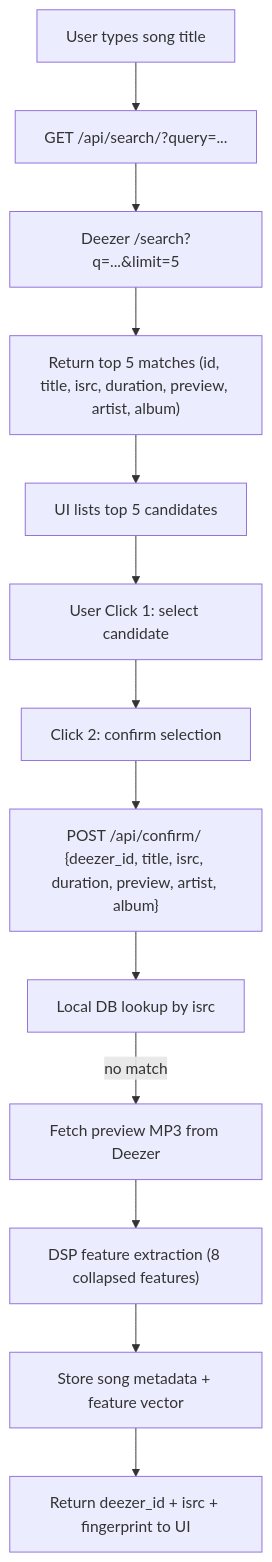
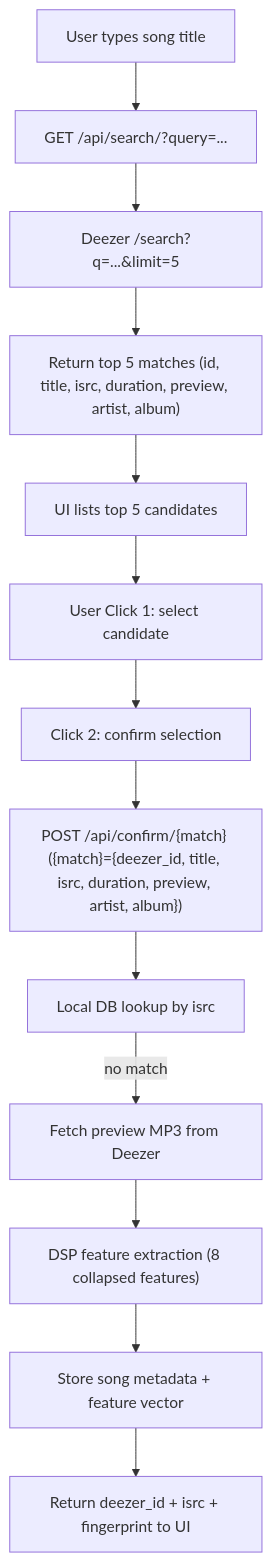
The first of 2 diagrams in docs/001-song-fingerprint-engine/api_flow.md (AhmedAl-Hayali/AgenticGenreGuru), drawn with Mermaid before and after one commit. The commit also changed other lines of this file and 1 other file, not shown here.

Commit message:
docs(specs-search-api): add {match} explicitly to confirm endpoint invocations

````diff
--- a/docs/001-song-fingerprint-engine/api_flow.md
+++ b/docs/001-song-fingerprint-engine/api_flow.md
@@ -27,15 +27,15 @@
 ```mermaid
 flowchart TD
     U["User types song title"] --> A["GET /api/search/?query=..."]
     A --> D["Deezer /search?q=...&limit=5"]
     D --> A2["Return top 5 matches (id, title, isrc, duration, preview, artist, album)"]
     A2 --> UI["UI lists top 5 candidates"]
     UI --> C["User Click 1: select candidate"]
     C --> C2["Click 2: confirm selection"]
-    C2 --> POST["POST /api/confirm/ {deezer_id, title, isrc, duration, preview, artist, album}"]
+    C2 --> POST["POST /api/confirm/{match} ({match}={deezer_id, title, isrc, duration, preview, artist, album})"]
     POST --> LOC["Local DB lookup by isrc"]
     LOC -->|"no match"| FETCH["Fetch preview MP3 from Deezer"]
     FETCH --> DSP["DSP feature extraction (8 collapsed features)"]
     DSP --> DB["Store song metadata + feature vector"]
     DB --> RETURN["Return deezer_id + isrc + fingerprint to UI"]
 ```
````
